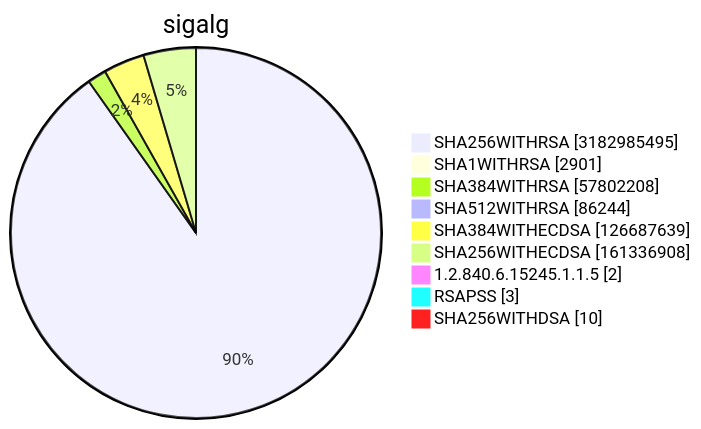
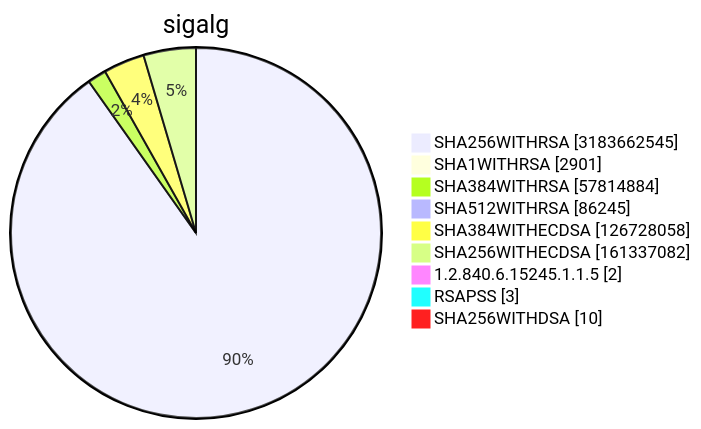
One commit to christiankrug/ctmonitor_visualization changed diagram 15 of 15 in TOTAL/README.md. Above: the diagram before and after it, drawn with Mermaid. The commit also changed other lines of this file, not shown here.

````diff
--- a/TOTAL/README.md
+++ b/TOTAL/README.md
@@ -6216,13 +6216,13 @@
 ```mermaid
 pie showData
 title sigalg
-"SHA256WITHRSA" :3182985495
+"SHA256WITHRSA" :3183662545
 "SHA1WITHRSA" :2901
-"SHA384WITHRSA" :57802208
-"SHA512WITHRSA" :86244
-"SHA384WITHECDSA" :126687639
-"SHA256WITHECDSA" :161336908
+"SHA384WITHRSA" :57814884
+"SHA512WITHRSA" :86245
+"SHA384WITHECDSA" :126728058
+"SHA256WITHECDSA" :161337082
 "1.2.840.6.15245.1.1.5" :2
 "RSAPSS" :3
 "SHA256WITHDSA" :10
 ```
````
